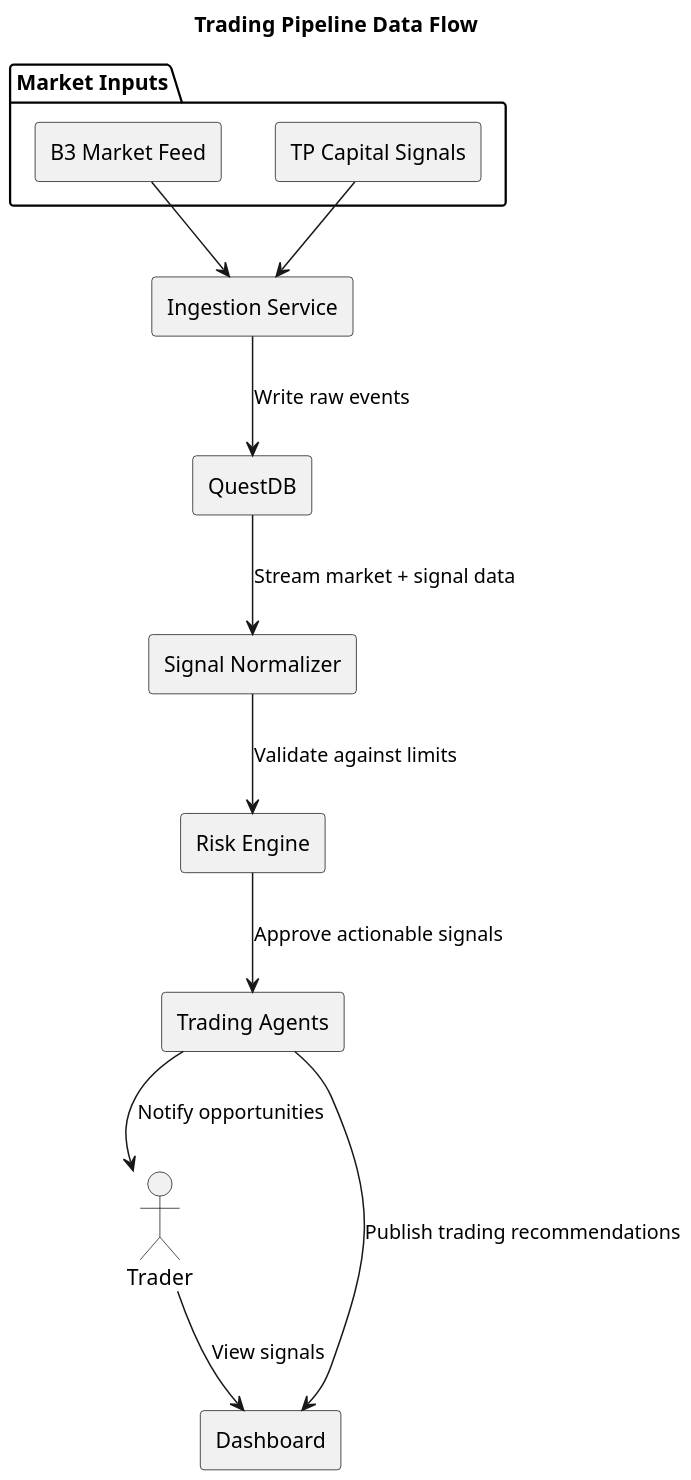
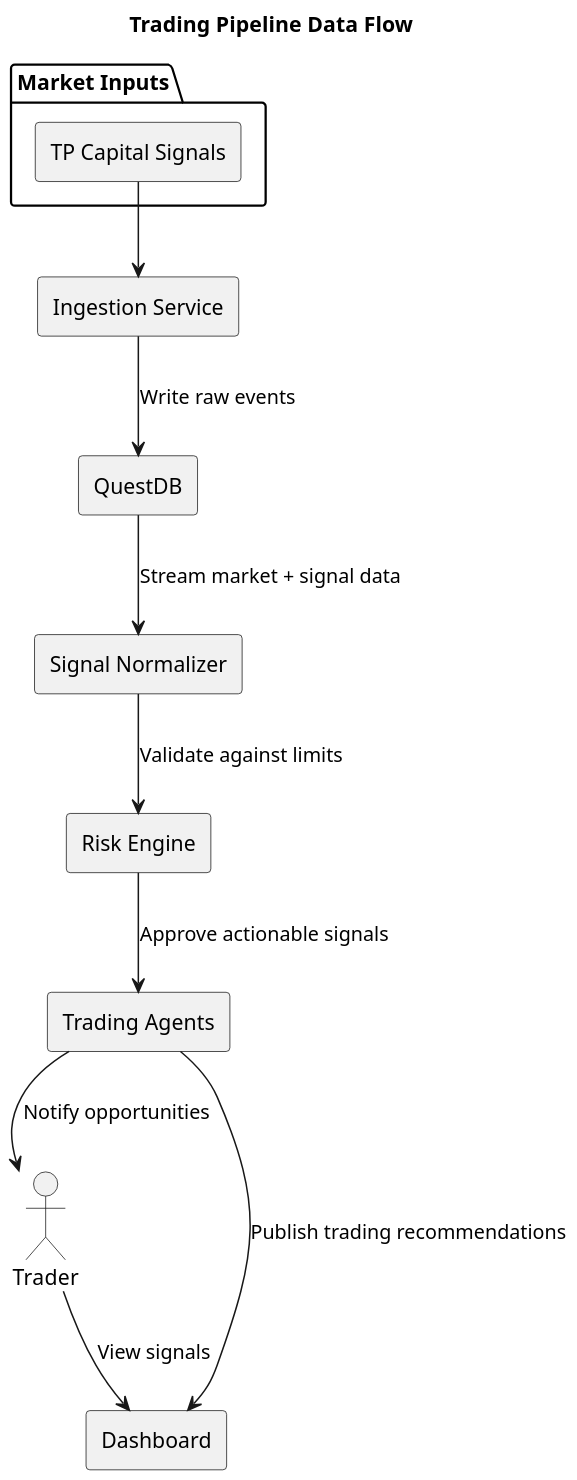
One commit to marceloterra1983/TradingSystem changed the diagram in docs/content/assets/diagrams/source/backend/data-flow-trading-pipeline.puml. Above: the diagram before and after it, drawn with PlantUML. The commit also changed 870 other files, not shown here.

```diff
--- a/docs/content/assets/diagrams/source/backend/data-flow-trading-pipeline.puml
+++ b/docs/content/assets/diagrams/source/backend/data-flow-trading-pipeline.puml
@@ -1,32 +1,30 @@
 @startuml
 title Trading Pipeline Data Flow
 
 skinparam componentStyle rectangle
 skinparam dpi 150
 skinparam shadowing false
 
 actor Trader as trader
 
 package "Market Inputs" {
-  component "B3 Market Feed" as b3
   component "TP Capital Signals" as tpSignals
 }
 
 component "Ingestion Service" as ingestion
 component "QuestDB" as questdb
 component "Signal Normalizer" as normalizer
 component "Risk Engine" as riskEngine
 component "Trading Agents" as agents
 component "Dashboard" as dashboard
 
 trader --> dashboard : View signals
-b3 --> ingestion
 tpSignals --> ingestion
 ingestion --> questdb : Write raw events
 questdb --> normalizer : Stream market + signal data
 normalizer --> riskEngine : Validate against limits
 riskEngine --> agents : Approve actionable signals
 agents --> dashboard : Publish trading recommendations
 agents --> trader : Notify opportunities
 
 @enduml
```
